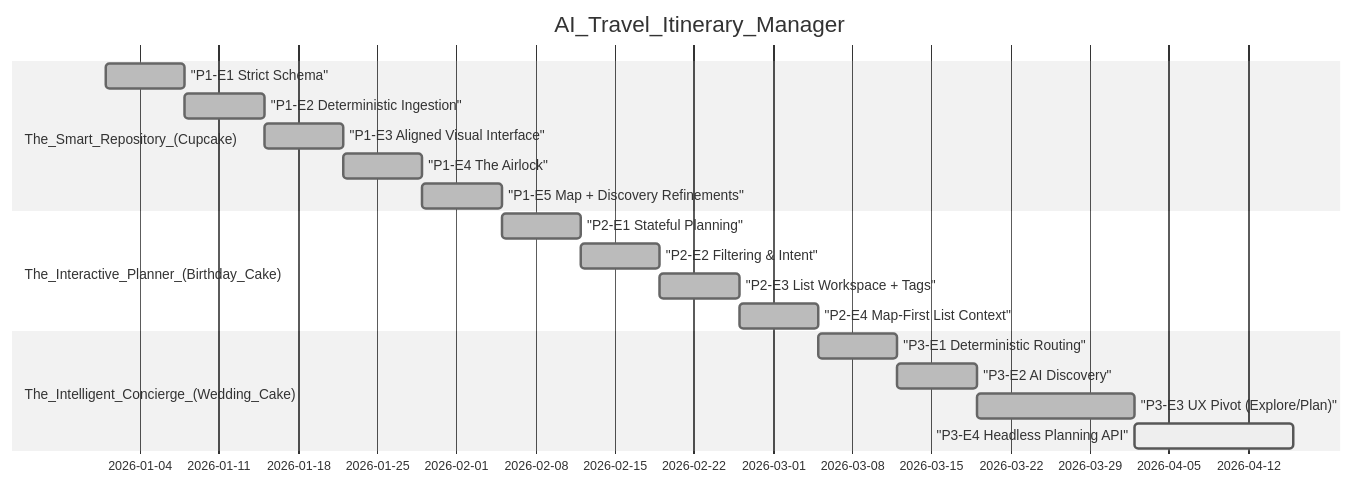
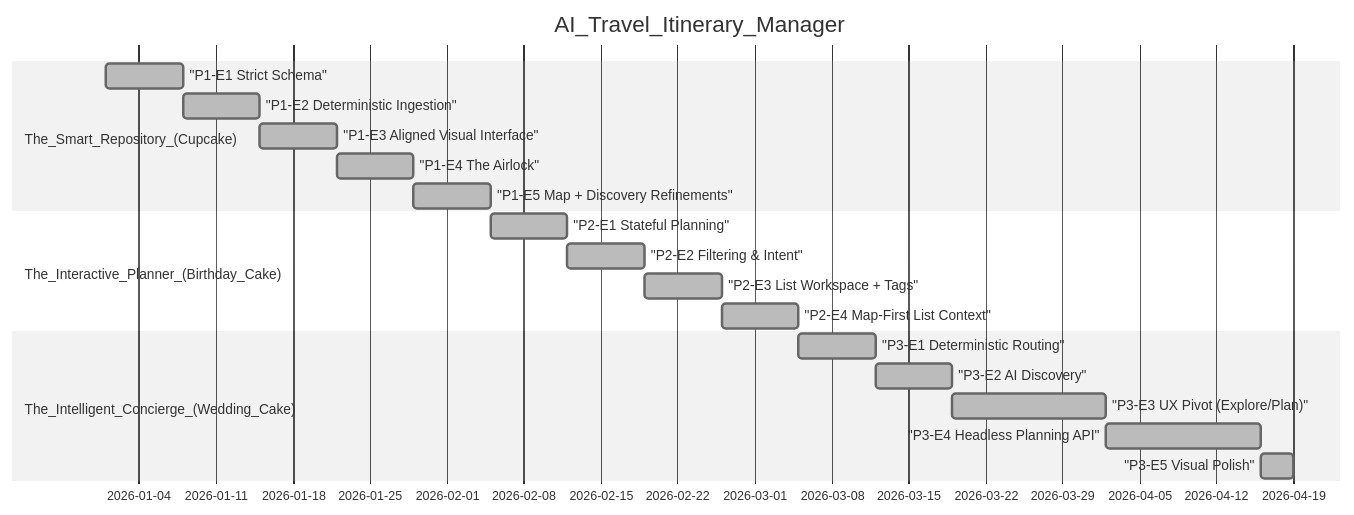
Before and after one commit to walshkang/acerca-trip-planner: the diagram in CONTEXT.md, drawn with Mermaid (neutral theme). The commit also changed other lines of this file and 25 other files, not shown here.

````diff
--- a/CONTEXT.md
+++ b/CONTEXT.md
@@ -106,21 +120,22 @@
 ```mermaid
 gantt
   dateFormat YYYY-MM-DD
   title AI_Travel_Itinerary_Manager
   section The_Smart_Repository_(Cupcake)
   "P1-E1 Strict Schema" :done, p1e1, 2026-01-01, 7d
   "P1-E2 Deterministic Ingestion" :done, p1e2, after p1e1, 7d
   "P1-E3 Aligned Visual Interface" :done, p1e3, after p1e2, 7d
   "P1-E4 The Airlock" :done, p1e4, after p1e3, 7d
   "P1-E5 Map + Discovery Refinements" :done, p1e5, after p1e4, 7d
   section The_Interactive_Planner_(Birthday_Cake)
   "P2-E1 Stateful Planning" :done, p2e1, after p1e5, 7d
   "P2-E2 Filtering & Intent" :done, p2e2, after p2e1, 7d
   "P2-E3 List Workspace + Tags" :done, p2e3, after p2e2, 7d
   "P2-E4 Map-First List Context" :done, p2e4, after p2e3, 7d
   section The_Intelligent_Concierge_(Wedding_Cake)
   "P3-E1 Deterministic Routing" :done, p3e1, after p2e4, 7d
   "P3-E2 AI Discovery" :done, p3e2, after p3e1, 7d
   "P3-E3 UX Pivot (Explore/Plan)" :done, p3e3, after p3e2, 14d
-  "P3-E4 Headless Planning API" :active, p3e4, after p3e3, 14d
+  "P3-E4 Headless Planning API" :done, p3e4, after p3e3, 14d
+  "P3-E5 Visual Polish" :done, p3e5, after p3e4, 3d
 ```
````
